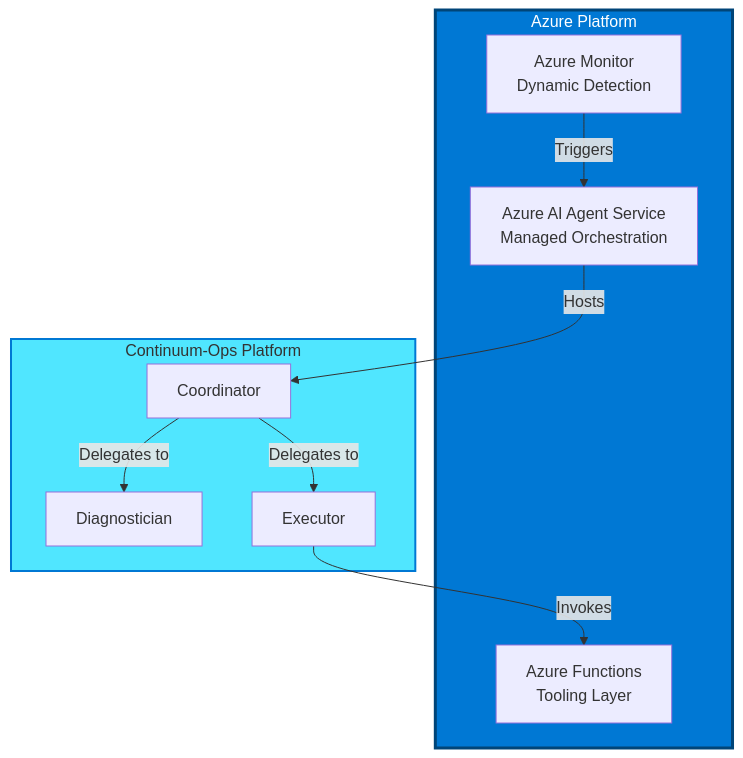
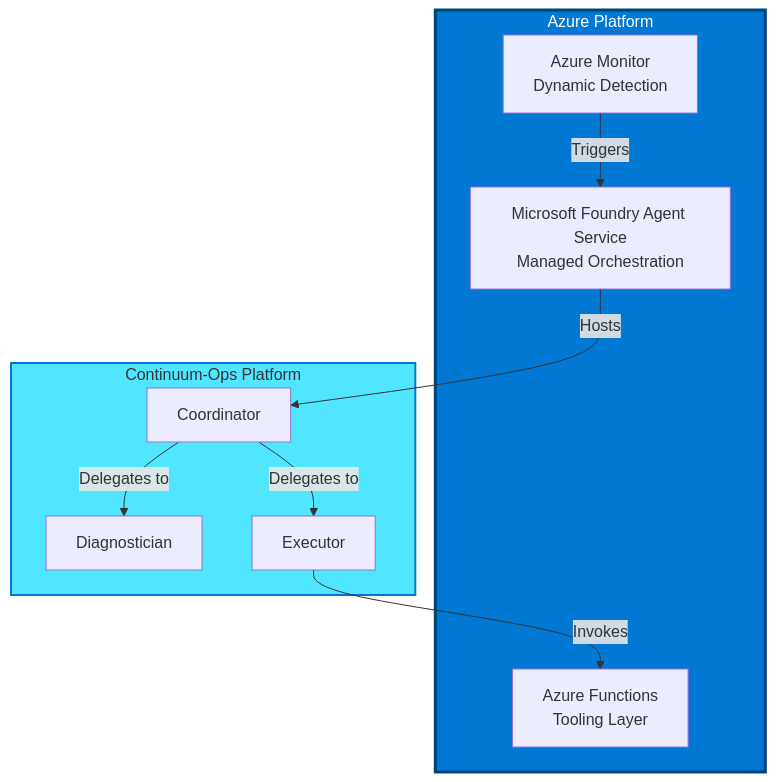
One commit to mayankgupta7673/Continuum-Ops changed the second of 6 diagrams in docs/00-Product-Overview.md. Above: the diagram before and after it, drawn with Mermaid. The commit also changed other lines of this file and 48 other files, not shown here.

Commit message:
Updating Initial Code and Flow

````diff
--- a/docs/00-Product-Overview.md
+++ b/docs/00-Product-Overview.md
@@ -45,23 +45,23 @@
 ```mermaid
 flowchart TB
     subgraph AzurePlatform[Azure Platform]
         AZMON[Azure Monitor<br/>Dynamic Detection]
-        AGENT_SVC[Azure AI Agent Service<br/>Managed Orchestration]
+        AGENT_SVC[Microsoft Foundry Agent Service<br/>Managed Orchestration]
         FUNCTIONS[Azure Functions<br/>Tooling Layer]
     end
     
     subgraph OurPlatform[Continuum-Ops Platform]
         COORD[Coordinator]
         DIAGNOSTIC[Diagnostician]
         REPAIR[Executor]
     end
     
     AZMON -->|Triggers| AGENT_SVC
     AGENT_SVC -->|Hosts| COORD
     COORD -->|Delegates to| DIAGNOSTIC
     COORD -->|Delegates to| REPAIR
     REPAIR -->|Invokes| FUNCTIONS
     
     style AzurePlatform fill:#0078d4,stroke:#004578,stroke-width:3px,color:#fff
     style OurPlatform fill:#50e6ff,stroke:#0078d4,stroke-width:2px
 ```
````
